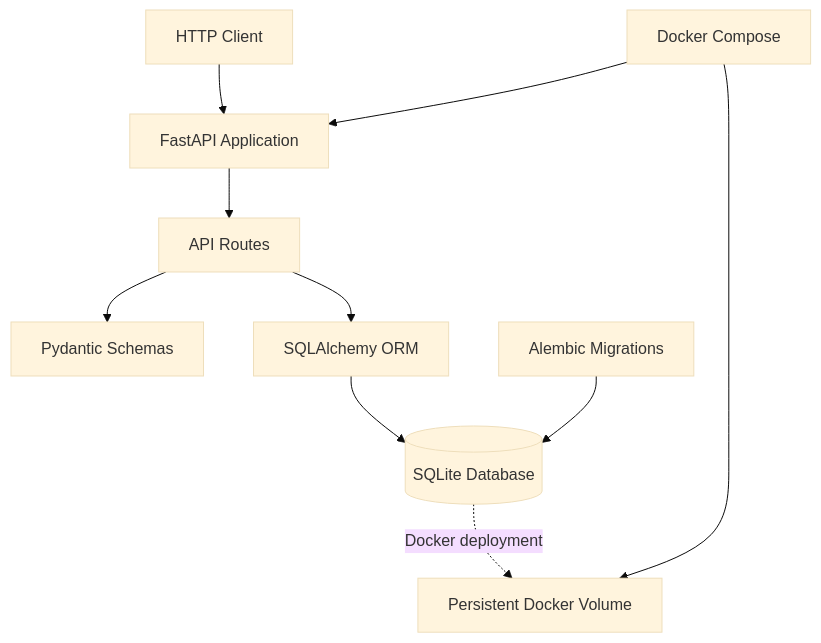
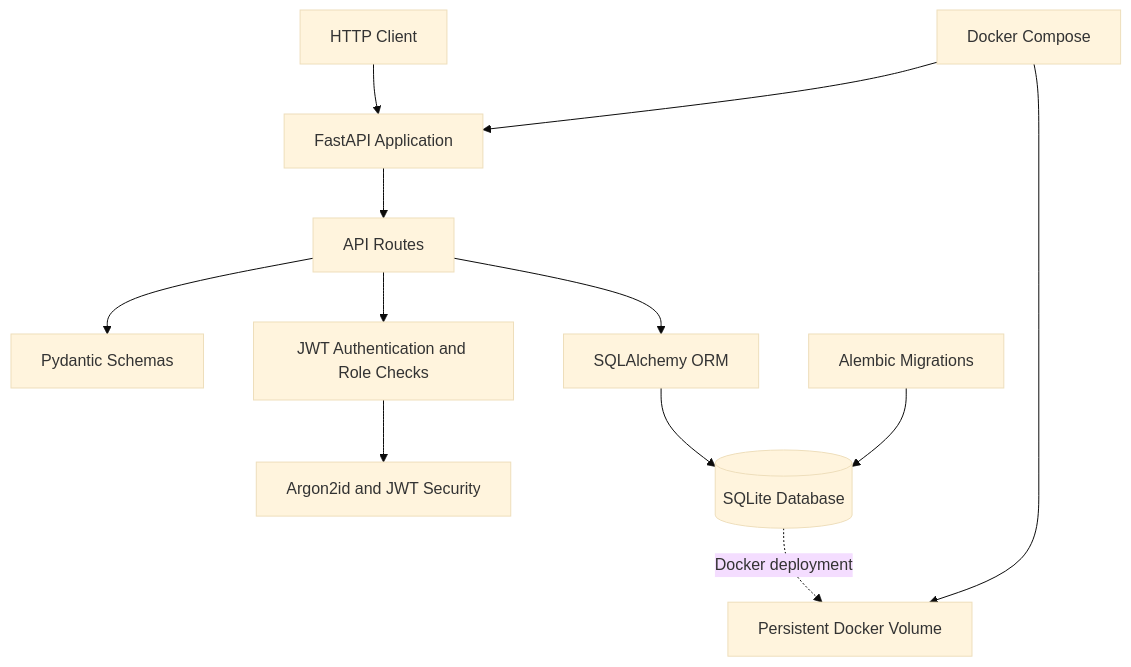
One commit to Guilherme-Langkammer/valorium-orders-api changed the diagram in README.md. Above: the diagram before and after it, drawn with Mermaid (base theme). The commit also changed other lines of this file and 14 other files, not shown here.

Commit message:
feat: add JWT authentication and role-based order authorization

````diff
--- a/README.md
+++ b/README.md
@@ -256,12 +366,14 @@
 ```mermaid
 flowchart TD
     A[HTTP Client] --> B[FastAPI Application]
     B --> C[API Routes]
     C --> D[Pydantic Schemas]
+    C --> J[JWT Authentication and Role Checks]
+    J --> K[Argon2id and JWT Security]
     C --> E[SQLAlchemy ORM]
     E --> F[(SQLite Database)]
     G[Alembic Migrations] --> F
     H[Docker Compose] --> B
     H --> I[Persistent Docker Volume]
     F -. Docker deployment .-> I
 ```
````
